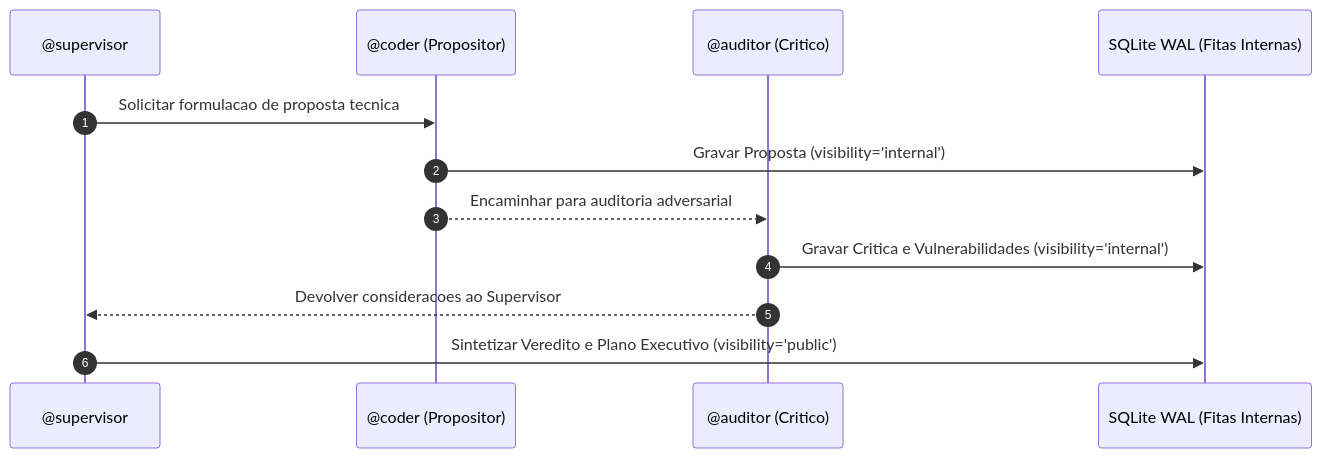
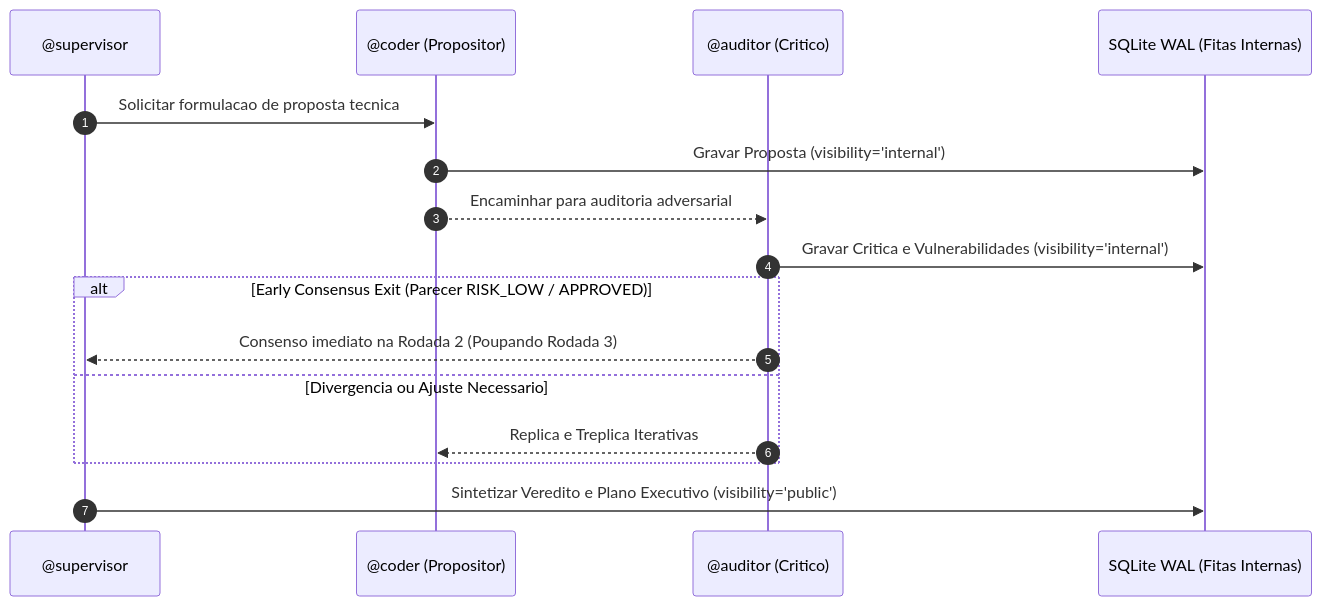
One commit to lyonpamplona/piDots changed the tenth of 12 diagrams in ARCHITECTURE.md. Above: the diagram before and after it, drawn with Mermaid. The commit also changed other lines of this file and 74 other files, not shown here.

````diff
--- a/ARCHITECTURE.md
+++ b/ARCHITECTURE.md
@@ -684,15 +744,19 @@
 ```mermaid
 sequenceDiagram
     autonumber
     participant Supervisor as @supervisor
     participant Proponent as @coder (Propositor)
     participant Critic as @auditor (Critico)
     participant Thread as SQLite WAL (Fitas Internas)
 
     Supervisor->>Proponent: Solicitar formulacao de proposta tecnica
     Proponent->>Thread: Gravar Proposta (visibility='internal')
     Proponent-->>Critic: Encaminhar para auditoria adversarial
     Critic->>Thread: Gravar Critica e Vulnerabilidades (visibility='internal')
-    Critic-->>Supervisor: Devolver consideracoes ao Supervisor
+    alt Early Consensus Exit (Parecer RISK_LOW / APPROVED)
+        Critic-->>Supervisor: Consenso imediato na Rodada 2 (Poupando Rodada 3)
+    else Divergencia ou Ajuste Necessario
+        Critic-->>Proponent: Replica e Treplica Iterativas
+    end
     Supervisor->>Thread: Sintetizar Veredito e Plano Executivo (visibility='public')
 ```
````
